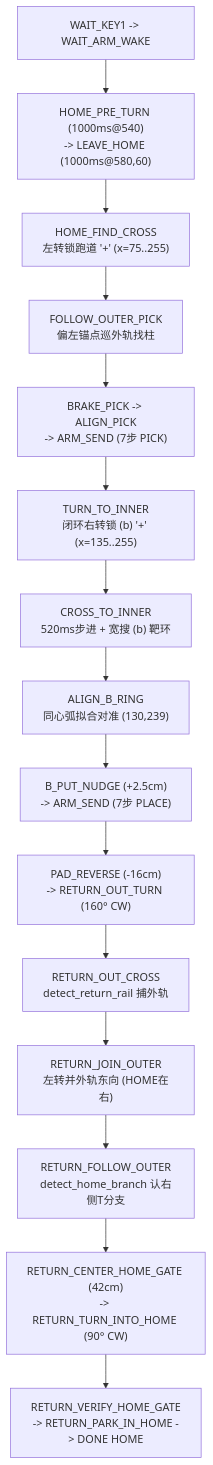
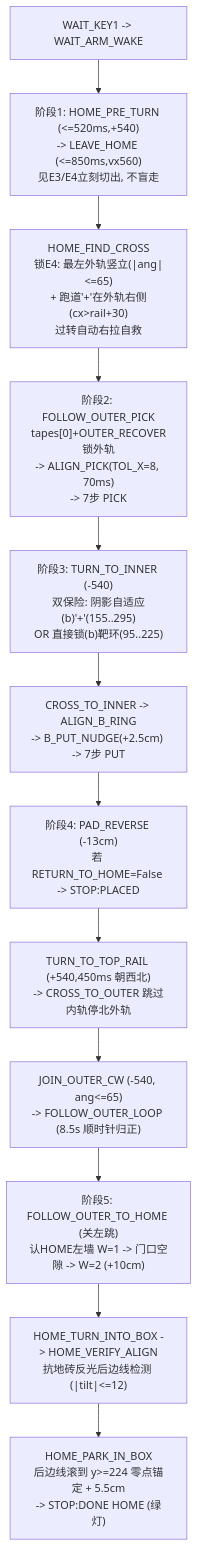
Before and after one commit to xuan-852/mechanical-arm: the second of 2 diagrams in COMPETITION_DEV_GUIDE.md, drawn with Mermaid. The commit also changed other lines of this file, not shown here.

````diff
--- a/COMPETITION_DEV_GUIDE.md
+++ b/COMPETITION_DEV_GUIDE.md
@@ -101,17 +69,14 @@
 ```mermaid
 flowchart TD
-    W["WAIT_KEY1 -> WAIT_ARM_WAKE"] --> H1["HOME_PRE_TURN (1000ms@540)<br/>-> LEAVE_HOME (1000ms@580,60)"]
-    H1 --> H2["HOME_FIND_CROSS<br/>左转锁跑道 '+' (x=75..255)"]
-    H2 --> O1["FOLLOW_OUTER_PICK<br/>偏左锚点巡外轨找柱"]
-    O1 --> O2["BRAKE_PICK -> ALIGN_PICK<br/>-> ARM_SEND (7步 PICK)"]
-    O2 --> I1["TURN_TO_INNER<br/>闭环右转锁 (b) '+' (x=135..255)"]
-    I1 --> I2["CROSS_TO_INNER<br/>520ms步进 + 宽搜 (b) 靶环"]
-    I2 --> B1["ALIGN_B_RING<br/>同心弧拟合对准 (130,239)"]
-    B1 --> B2["B_PUT_NUDGE (+2.5cm)<br/>-> ARM_SEND (7步 PLACE)"]
-    B2 --> R1["PAD_REVERSE (-16cm)<br/>-> RETURN_OUT_TURN (160° CW)"]
-    R1 --> R2["RETURN_OUT_CROSS<br/>detect_return_rail 捕外轨"]
-    R2 --> R3["RETURN_JOIN_OUTER<br/>左转并外轨东向 (HOME在右)"]
-    R3 --> R4["RETURN_FOLLOW_OUTER<br/>detect_home_branch 认右侧T分支"]
-    R4 --> R5["RETURN_CENTER_HOME_GATE (42cm)<br/>-> RETURN_TURN_INTO_HOME (90° CW)"]
-    R5 --> R6["RETURN_VERIFY_HOME_GATE<br/>-> RETURN_PARK_IN_HOME -> DONE HOME"]
+    S0["WAIT_KEY1 -> WAIT_ARM_WAKE"] --> S1A["阶段1: HOME_PRE_TURN (<=520ms,+540)<br/>-> LEAVE_HOME (<=850ms,vx560)<br/>见E3/E4立刻切出, 不盲走"]
+    S1A --> S1B["HOME_FIND_CROSS<br/>锁E4: 最左外轨竖立(|ang|<=65)<br/>+ 跑道'+'在外轨右侧(cx>rail+30)<br/>过转自动右拉自救"]
+    S1B --> S2["阶段2: FOLLOW_OUTER_PICK<br/>tapes[0]+OUTER_RECOVER锁外轨<br/>-> ALIGN_PICK(TOL_X=8, 70ms)<br/>-> 7步 PICK"]
+    S2 --> S3A["阶段3: TURN_TO_INNER (-540)<br/>双保险: 阴影自适应(b)'+'(155..295)<br/>OR 直接锁(b)靶环(95..225)"]
+    S3A --> S3B["CROSS_TO_INNER -> ALIGN_B_RING<br/>-> B_PUT_NUDGE(+2.5cm) -> 7步 PUT"]
+    S3B --> S4A["阶段4: PAD_REVERSE (-13cm)<br/>若 RETURN_TO_HOME=False -> STOP:PLACED"]
+    S4A --> S4B["TURN_TO_TOP_RAIL (+540,450ms 朝西北)<br/>-> CROSS_TO_OUTER 跳过内轨停北外轨"]
+    S4B --> S4C["JOIN_OUTER_CW (-540, ang<=65)<br/>-> FOLLOW_OUTER_LOOP (8.5s 顺时针归正)"]
+    S4C --> S5A["阶段5: FOLLOW_OUTER_TO_HOME (关左跳)<br/>认HOME左墙 W=1 -> 门口空隙 -> W=2 (+10cm)"]
+    S5A --> S5B["HOME_TURN_INTO_BOX -> HOME_VERIFY_ALIGN<br/>抗地砖反光后边线检测 (|tilt|<=12)"]
+    S5B --> S5C["HOME_PARK_IN_BOX<br/>后边线滚到 y>=224 零点锚定 + 5.5cm<br/>-> STOP:DONE HOME (绿灯)"]
 ```
````
